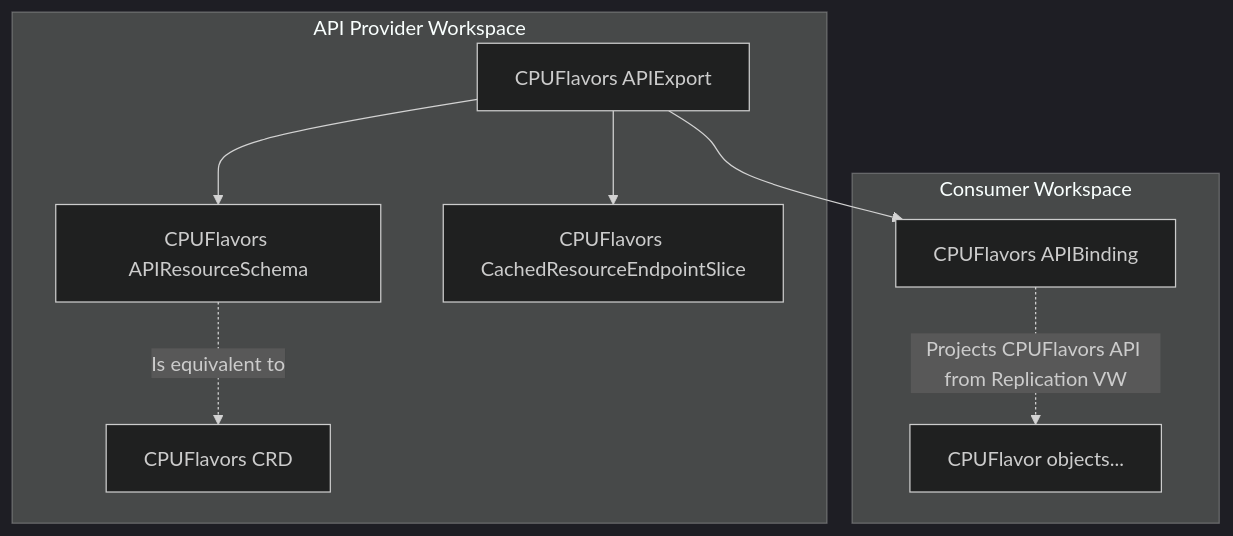
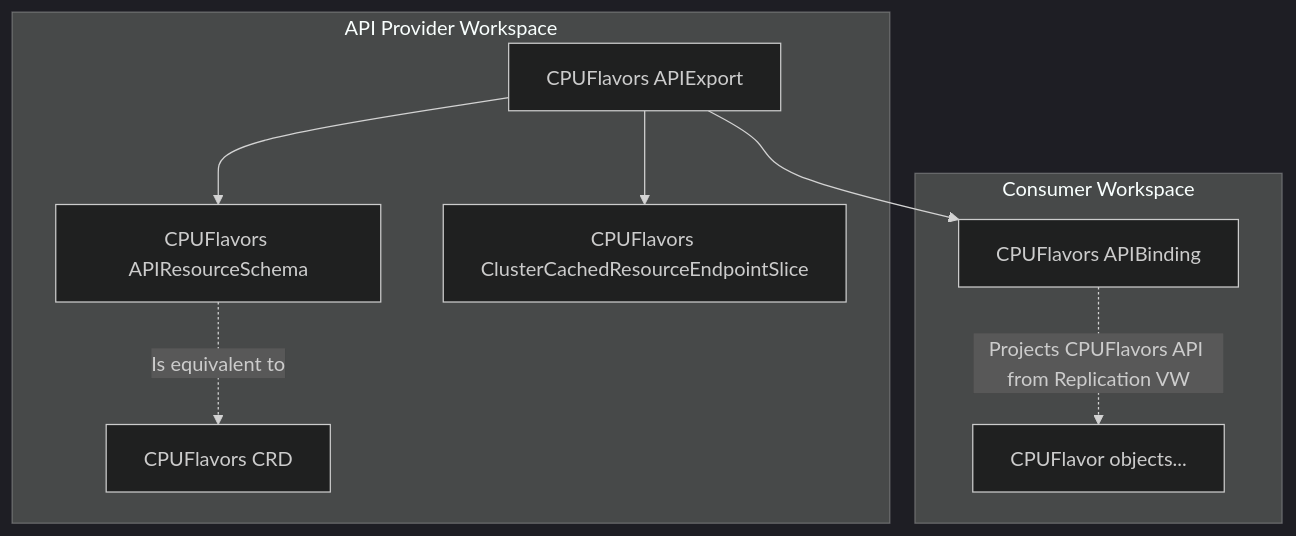
Before and after one commit to kcp-dev/kcp: the third of 3 diagrams in docs/content/concepts/apis/cached-resources.md, drawn with Mermaid (dark theme). The commit also changed other lines of this file and 3 other files, not shown here.

Commit message:
/docs: rename CachedResource to ClusterCachedResource

````diff
--- a/docs/content/concepts/apis/cached-resources.md
+++ b/docs/content/concepts/apis/cached-resources.md
@@ -208,22 +211,22 @@
 ```mermaid
 flowchart TD
     subgraph provider["API Provider Workspace"]
         export["CPUFlavors APIExport"]
         schema["CPUFlavors APIResourceSchema"]
         crd["CPUFlavors CRD"]
-        cpuflavorsCachedResourceEndpointSlice["CPUFlavors CachedResourceEndpointSlice"]
+        cpuflavorsClusterCachedResourceEndpointSlice["CPUFlavors ClusterCachedResourceEndpointSlice"]
 
         export --> schema
-        export --> cpuflavorsCachedResourceEndpointSlice
+        export --> cpuflavorsClusterCachedResourceEndpointSlice
         schema -."Is equivalent to".-> crd
     end
 
     subgraph consumer1["Consumer Workspace"]
         binding["CPUFlavors APIBinding"]
         boundCPUFlavorVirtualResources["CPUFlavor objects..."]
 
         binding -."Projects CPUFlavors API from Replication VW".-> boundCPUFlavorVirtualResources
     end
 
     export --> binding
 ```
````
